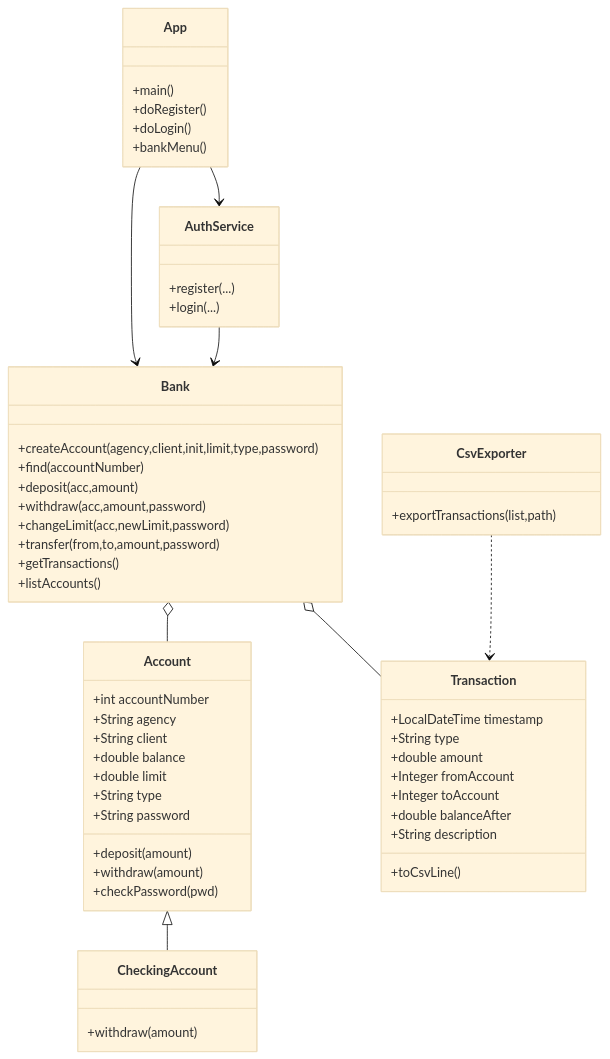
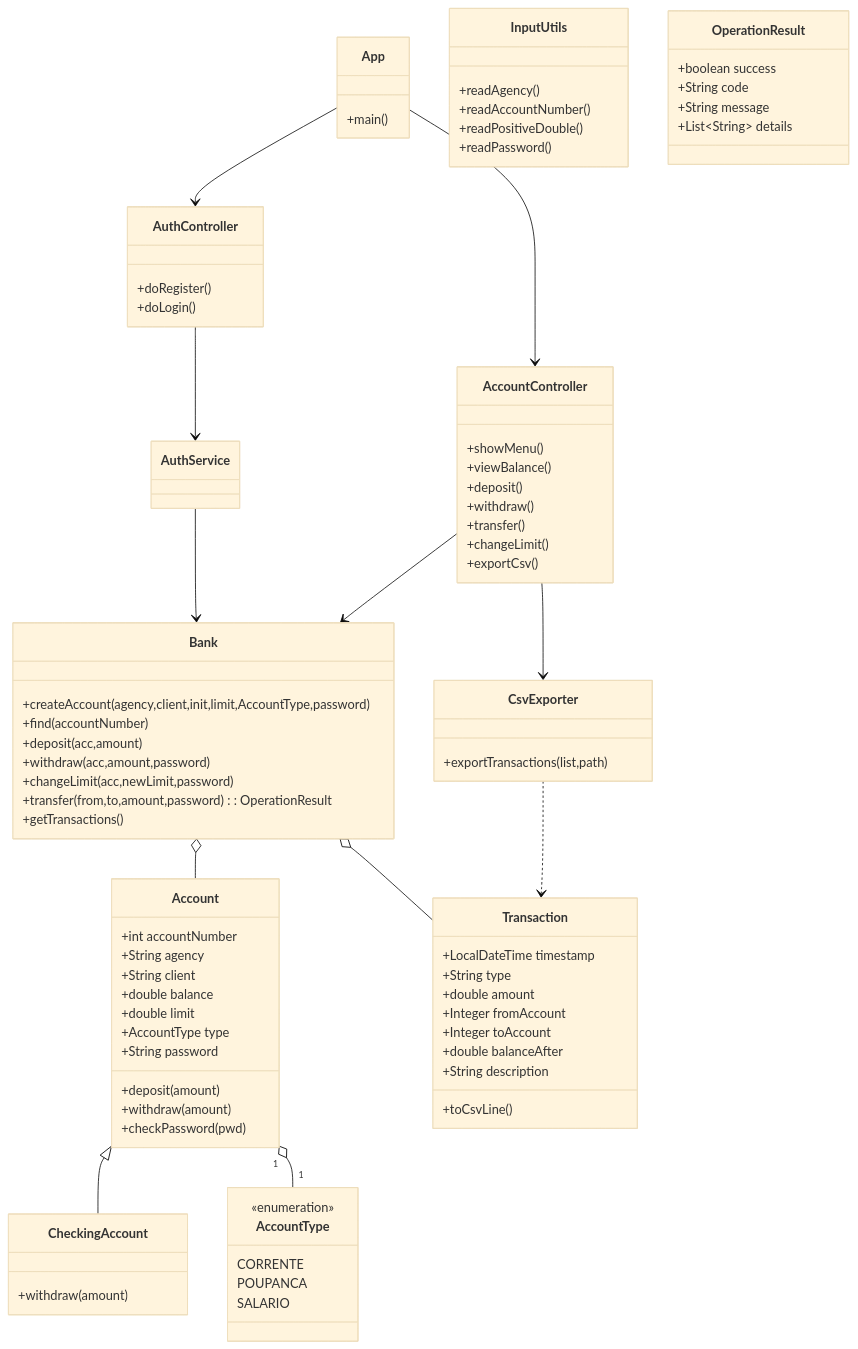
One commit to ErickNagao/AppBanco changed the first of 2 diagrams in README.md. Above: the diagram before and after it, drawn with Mermaid (base theme). The commit also changed other lines of this file, not shown here.

Commit message:
docs: update README with project details

````diff
--- a/README.md
+++ b/README.md
@@ -80,12 +81,48 @@
 ```mermaid
 classDiagram
+    class App {
+        +main()
+    }
+
+    class AuthController {
+        +doRegister()
+        +doLogin()
+    }
+
+    class AccountController {
+        +showMenu()
+        +viewBalance()
+        +deposit()
+        +withdraw()
+        +transfer()
+        +changeLimit()
+        +exportCsv()
+    }
+
+    class InputUtils {
+        +readAgency()
+        +readAccountNumber()
+        +readPositiveDouble()
+        +readPassword()
+    }
+
+    class Bank {
+        +createAccount(agency,client,init,limit,AccountType,password)
+        +find(accountNumber)
+        +deposit(acc,amount)
+        +withdraw(acc,amount,password)
+        +changeLimit(acc,newLimit,password)
+        +transfer(from,to,amount,password) : OperationResult
+        +getTransactions()
+    }
+
     class Account {
         +int accountNumber
         +String agency
         +String client
         +double balance
         +double limit
-        +String type
+        +AccountType type
         +String password
         +deposit(amount)
         +withdraw(amount)
@@ -94,17 +131,6 @@
 
     class CheckingAccount {
         +withdraw(amount)
-    }
-
-    class Bank {
-        +createAccount(agency,client,init,limit,type,password)
-        +find(accountNumber)
-        +deposit(acc,amount)
-        +withdraw(acc,amount,password)
-        +changeLimit(acc,newLimit,password)
-        +transfer(from,to,amount,password)
-        +getTransactions()
-        +listAccounts()
     }
 
     class Transaction {
@@ -118,28 +144,33 @@
         +toCsvLine()
     }
 
-    class AuthService {
-        +register(...)
-        +login(...)
+    class AccountType {
+        <<enumeration>>
+        CORRENTE
+        POUPANCA
+        SALARIO
+    }
+
+    class OperationResult {
+        +boolean success
+        +String code
+        +String message
+        +List~String~ details
     }
 
     class CsvExporter {
         +exportTransactions(list,path)
     }
 
-    class App {
-        +main()
-        +doRegister()
-        +doLogin()
-        +bankMenu()
-    }
-
-    Account <|-- CheckingAccount
+    App --> AuthController
+    App --> AccountController
+    AuthController --> AuthService
+    AuthService --> Bank
+    AccountController --> Bank
+    AccountController --> CsvExporter
     Bank o-- Account
     Bank o-- Transaction
-    App --> AuthService
-    App --> Bank
-    AuthService --> Bank
+    Account <|-- CheckingAccount
+    Account "1" o-- "1" AccountType
     CsvExporter ..> Transaction
-
 ```
````
